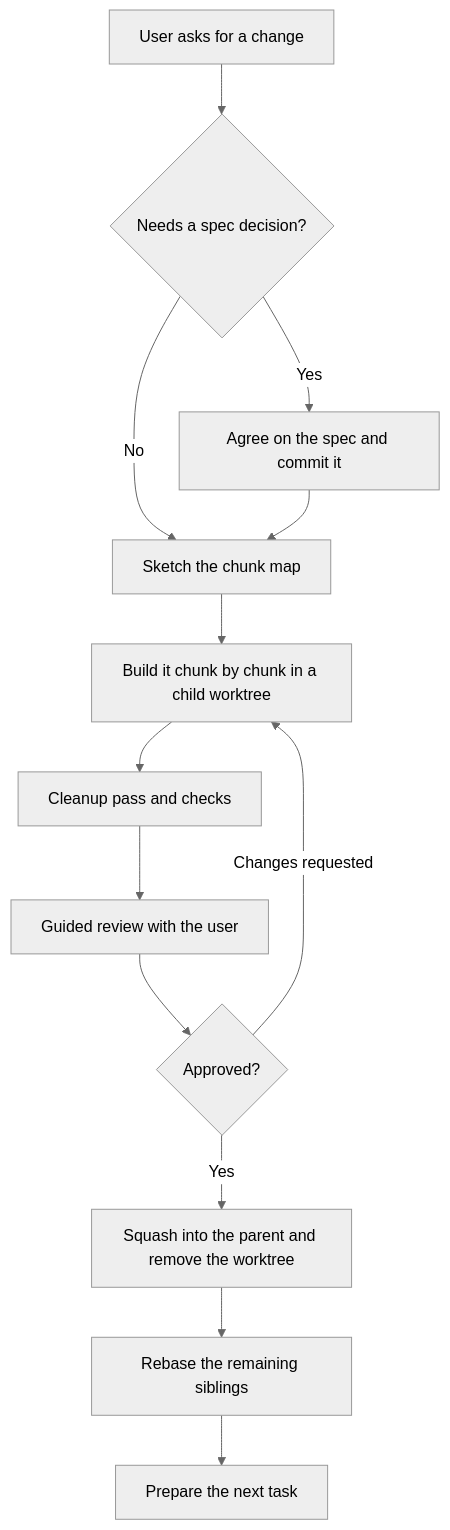
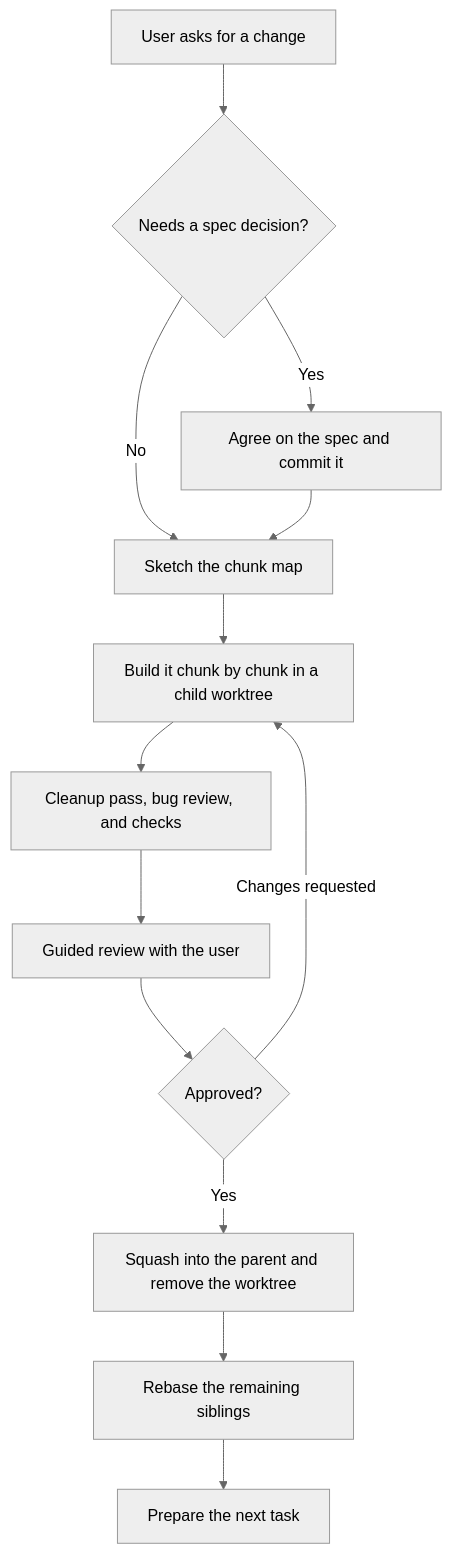
The first of 11 diagrams in skills/spec-workflow/SKILL.md (fsw0422/.ksp), drawn with Mermaid (neutral theme) before and after one commit. The commit also changed other lines of this file and 11 other files, not shown here.

First line of the commit message:
Spec Workflow: add writing guide, bug review and test merges

````diff
--- a/skills/spec-workflow/SKILL.md
+++ b/skills/spec-workflow/SKILL.md
@@ -10,15 +10,15 @@
 ```mermaid
 flowchart TD
     Ask[User asks for a change] --> Need{Needs a spec decision?}
     Need -->|Yes| Spec[Agree on the spec and commit it]
     Need -->|No| Plan[Sketch the chunk map]
     Spec --> Plan
     Plan --> Build[Build it chunk by chunk in a child worktree]
-    Build --> Clean[Cleanup pass and checks]
+    Build --> Clean[Cleanup pass, bug review, and checks]
     Clean --> Review[Guided review with the user]
     Review --> OK{Approved?}
     OK -->|Changes requested| Build
     OK -->|Yes| Merge[Squash into the parent and remove the worktree]
     Merge --> Rebase[Rebase the remaining siblings]
     Rebase --> Next[Prepare the next task]
 ```
````
